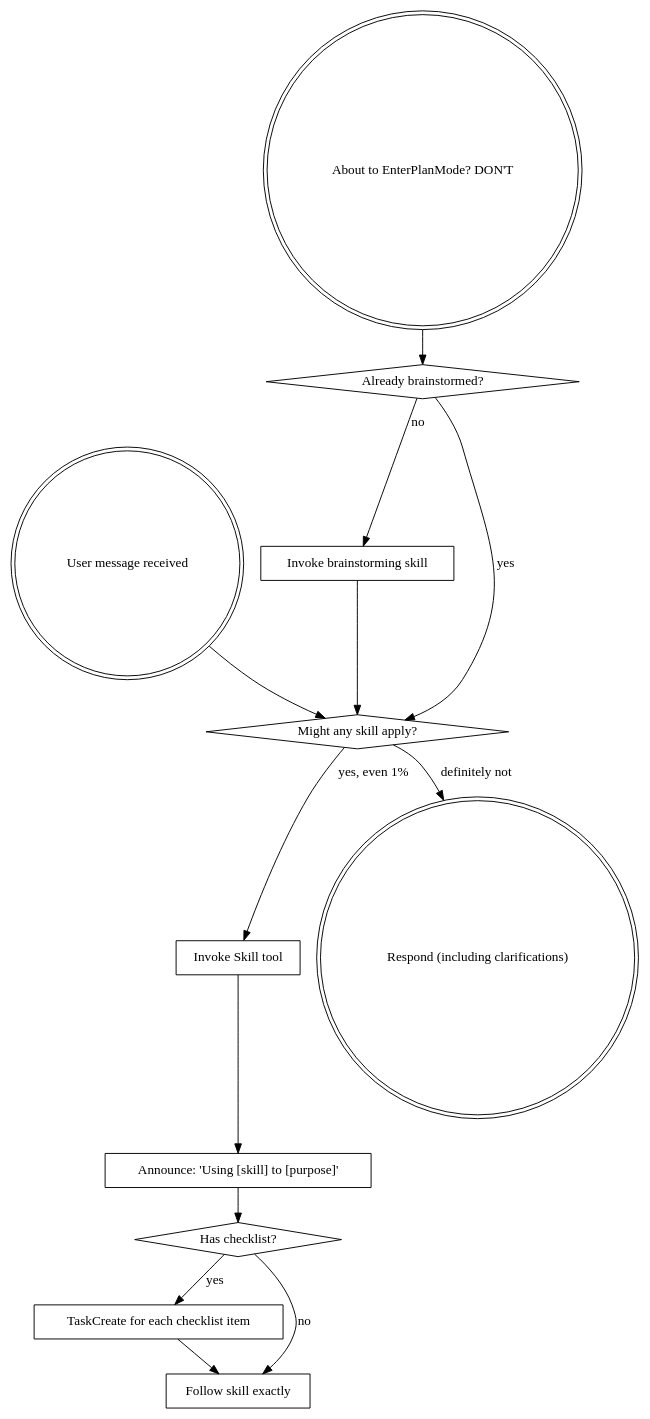
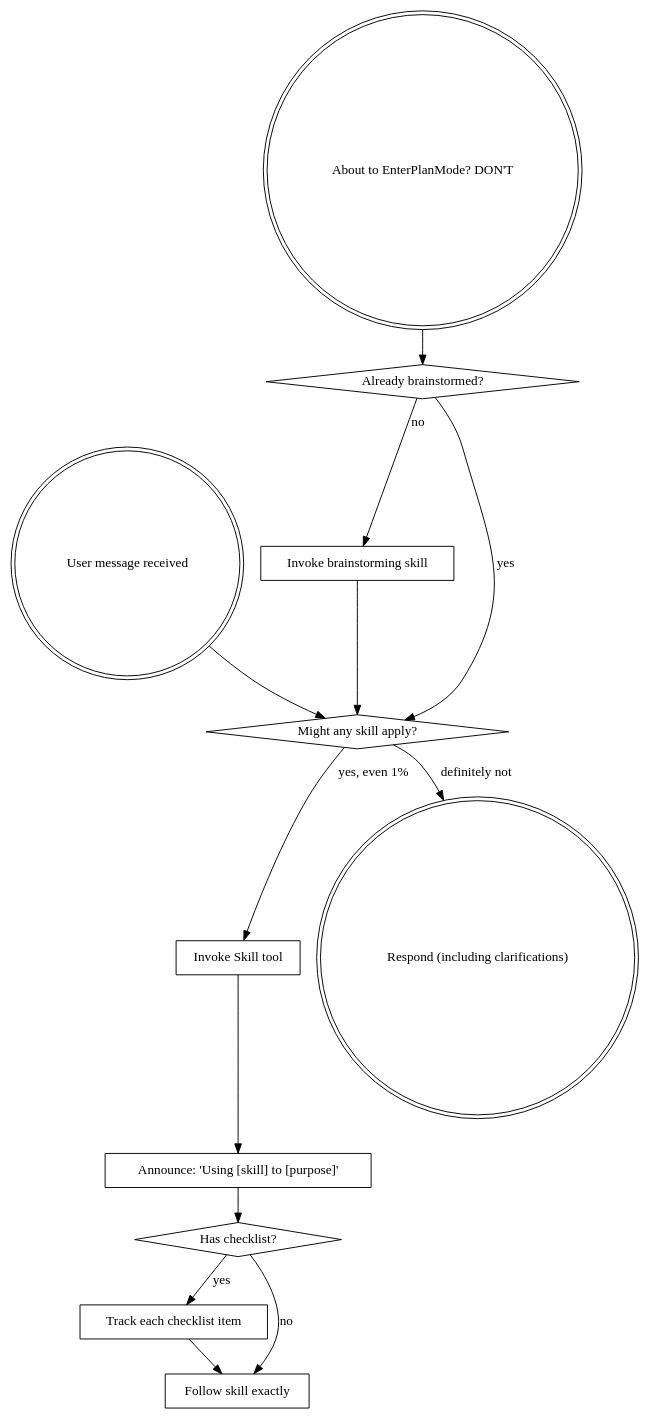
Before and after one commit to cinjoff/fhhs-skills: the diagram in skills/using-superpowers/SKILL.md, drawn with Graphviz. The commit also changed 193 other files, not shown here.

````diff
--- a/skills/using-superpowers/SKILL.md
+++ b/skills/using-superpowers/SKILL.md
@@ -26,29 +26,29 @@
 ```dot
 digraph skill_flow {
     "User message received" [shape=doublecircle];
     "About to EnterPlanMode? DON'T" [shape=doublecircle];
     "Already brainstormed?" [shape=diamond];
     "Invoke brainstorming skill" [shape=box];
     "Might any skill apply?" [shape=diamond];
     "Invoke Skill tool" [shape=box];
     "Announce: 'Using [skill] to [purpose]'" [shape=box];
     "Has checklist?" [shape=diamond];
-    "TaskCreate for each checklist item" [shape=box];
+    "Track each checklist item" [shape=box];
     "Follow skill exactly" [shape=box];
     "Respond (including clarifications)" [shape=doublecircle];
 
     "About to EnterPlanMode? DON'T" -> "Already brainstormed?";
     "Already brainstormed?" -> "Invoke brainstorming skill" [label="no"];
     "Already brainstormed?" -> "Might any skill apply?" [label="yes"];
     "Invoke brainstorming skill" -> "Might any skill apply?";
 
     "User message received" -> "Might any skill apply?";
     "Might any skill apply?" -> "Invoke Skill tool" [label="yes, even 1%"];
     "Might any skill apply?" -> "Respond (including clarifications)" [label="definitely not"];
     "Invoke Skill tool" -> "Announce: 'Using [skill] to [purpose]'";
     "Announce: 'Using [skill] to [purpose]'" -> "Has checklist?";
-    "Has checklist?" -> "TaskCreate for each checklist item" [label="yes"];
+    "Has checklist?" -> "Track each checklist item" [label="yes"];
     "Has checklist?" -> "Follow skill exactly" [label="no"];
-    "TaskCreate for each checklist item" -> "Follow skill exactly";
+    "Track each checklist item" -> "Follow skill exactly";
 }
 ```
````
